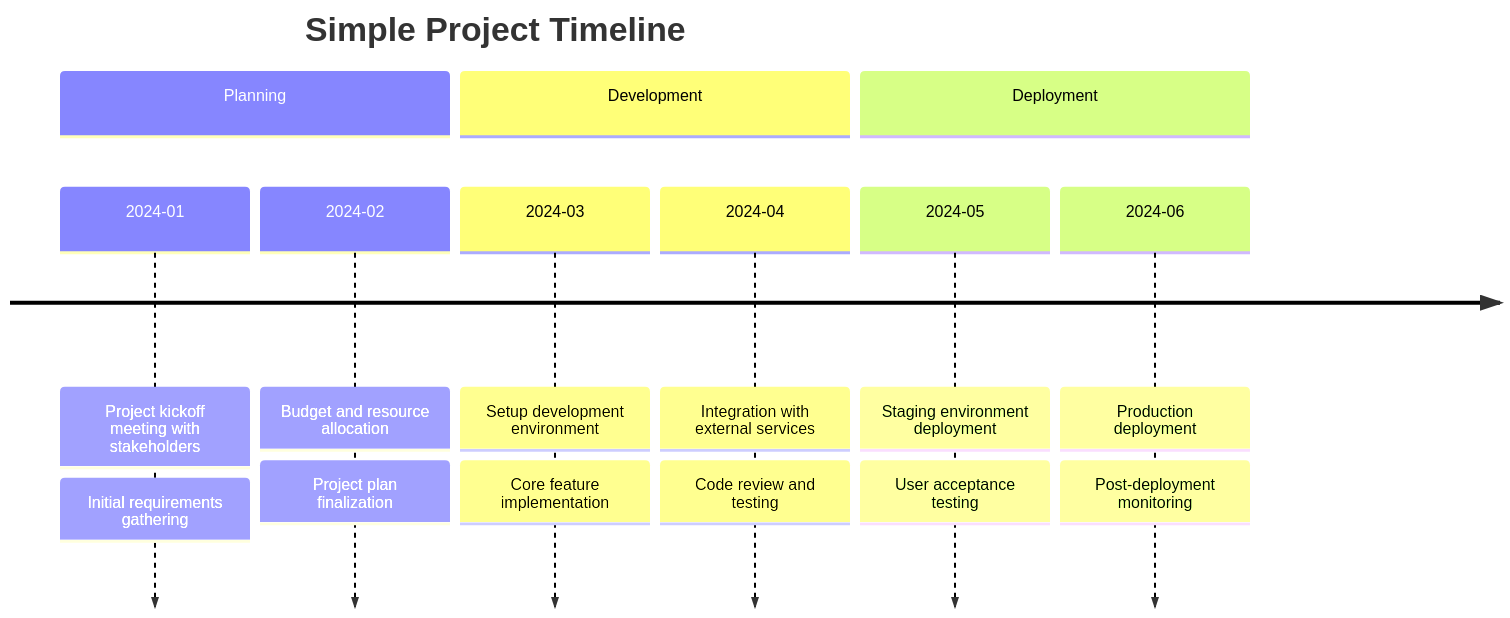
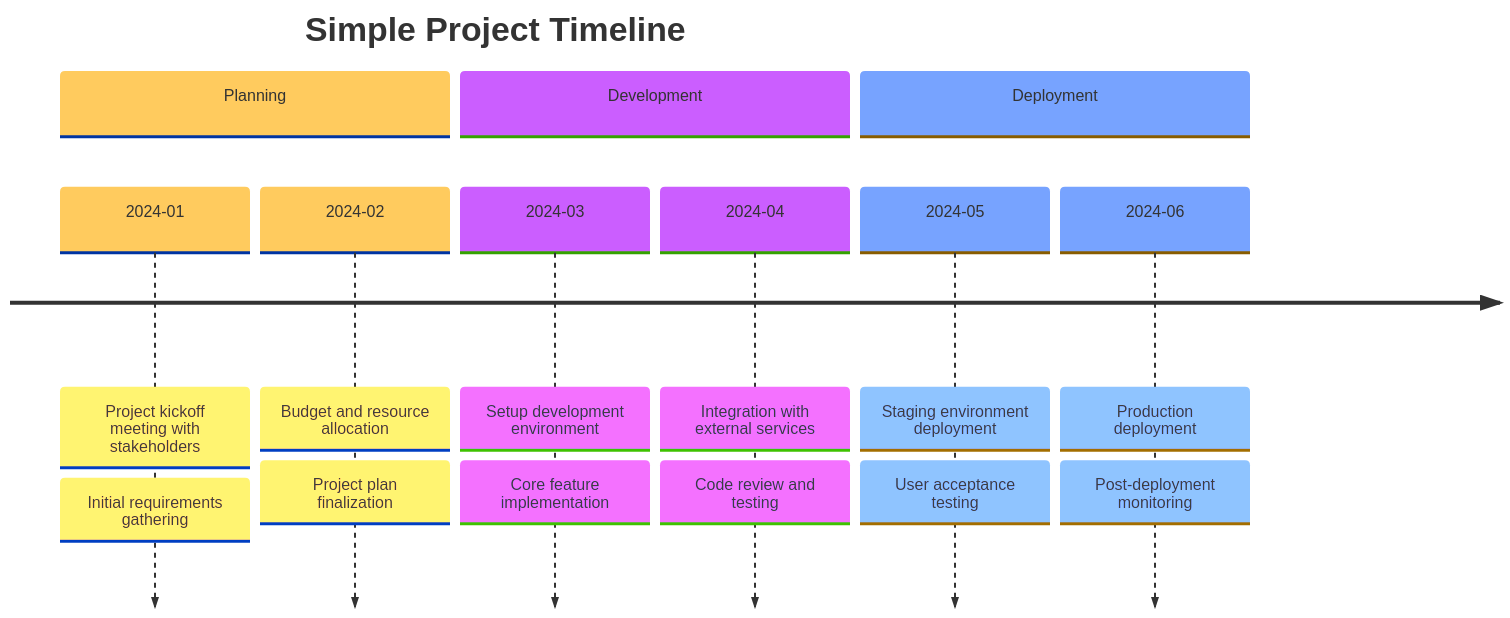
One commit to TyphonHill/go-mermaid changed the diagram in examples/timelines/simple_timeline_diagram/README.md. Above: the diagram before and after it, drawn with Mermaid. The commit also changed 4 other files, not shown here.

Commit message:
add-timeline-theme (#18)

````diff
--- a/examples/timelines/simple_timeline_diagram/README.md
+++ b/examples/timelines/simple_timeline_diagram/README.md
@@ -1,20 +1,21 @@
 ```mermaid
+%%{init: { 'theme': 'base', 'timeline': {'disableMulticolor': true}}}%%
 timeline
 	title Simple Project Timeline
 	section Planning
 		2024-01 		: Project kickoff meeting with stakeholders
 		: Initial requirements gathering
 		2024-02 		: Budget and resource allocation
 		: Project plan finalization
 	section Development
 		2024-03 		: Setup development environment
 		: Core feature implementation
 		2024-04 		: Integration with external services
 		: Code review and testing
 	section Deployment
 		2024-05 		: Staging environment deployment
 		: User acceptance testing
 		2024-06 		: Production deployment
 		: Post-deployment monitoring
 
 ```
````
